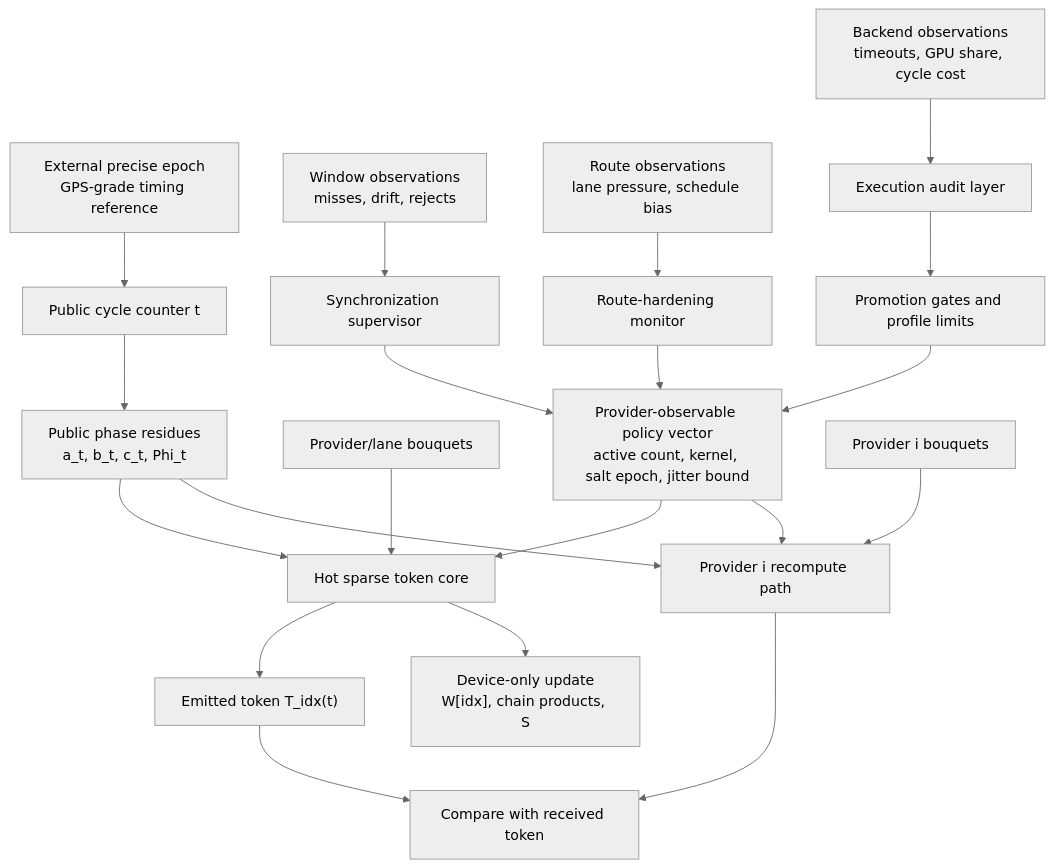
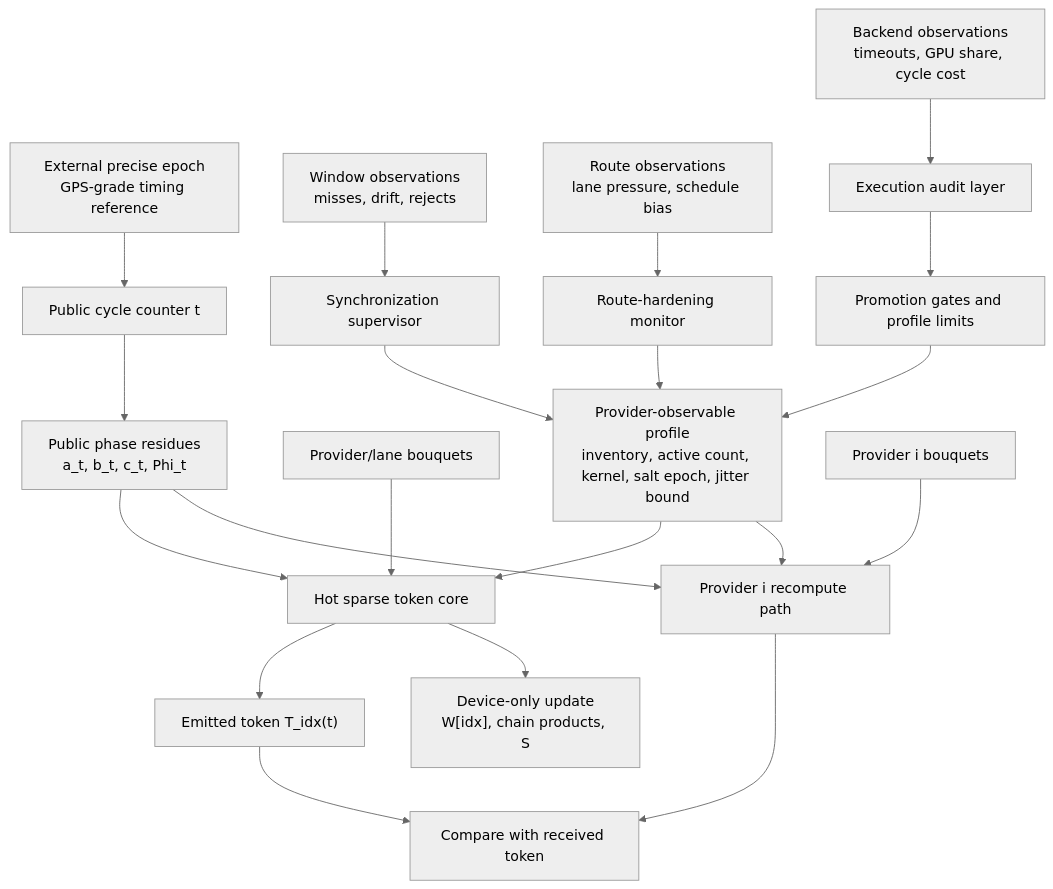
Before and after one commit to cekkr/phaselane-algorithm: the seventh of 14 diagrams in papers/main-paper.md, drawn with Mermaid. The commit also changed other lines of this file, not shown here.

````diff
--- a/papers/main-paper.md
+++ b/papers/main-paper.md
@@ -306,26 +309,26 @@
 ```mermaid
 %%{init: {"theme":"neutral","flowchart":{"curve":"basis"}} }%%
 flowchart TD
   Epoch["External precise epoch<br/>GPS-grade timing reference"] --> Clock["Public cycle counter t"]
   Clock --> Phase["Public phase residues<br/>a_t, b_t, c_t, Phi_t"]
   Phase --> Hot["Hot sparse token core"]
   Bouquets["Provider/lane bouquets"] --> Hot
-  Policy["Provider-observable policy vector<br/>active count, kernel, salt epoch, jitter bound"] --> Hot
+  Policy["Provider-observable profile<br/>inventory, active count, kernel, salt epoch, jitter bound"] --> Hot
   Hot --> Token["Emitted token T_idx(t)"]
   Hot --> State["Device-only update<br/>W[idx], chain products, S"]
 
   Provider["Provider i recompute path"] --> Compare["Compare with received token"]
   Phase --> Provider
   BouquetsI["Provider i bouquets"] --> Provider
   Policy --> Provider
   Token --> Compare
 
   ObsSync["Window observations<br/>misses, drift, rejects"] --> Sync["Synchronization supervisor"]
   ObsRoute["Route observations<br/>lane pressure, schedule bias"] --> Route["Route-hardening monitor"]
   ObsExec["Backend observations<br/>timeouts, GPU share, cycle cost"] --> Audit["Execution audit layer"]
 
   Sync --> Policy
   Route --> Policy
   Audit --> Limits["Promotion gates and profile limits"]
   Limits --> Policy
 ```
````
